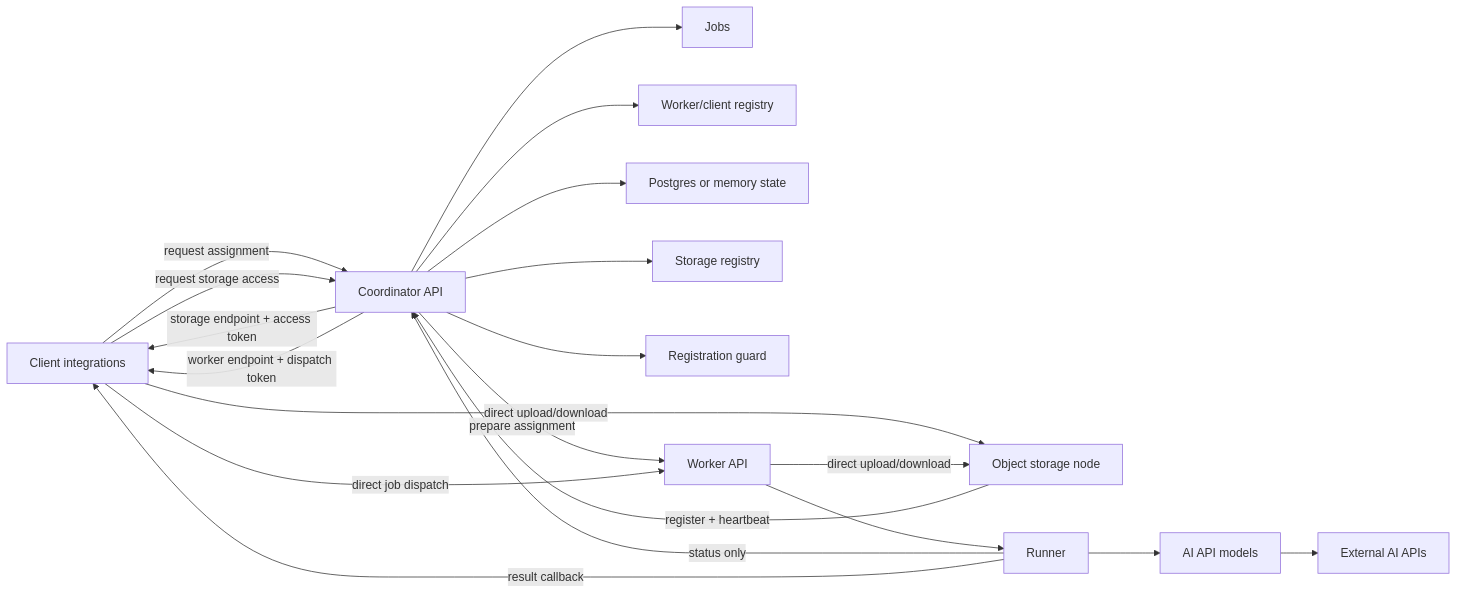
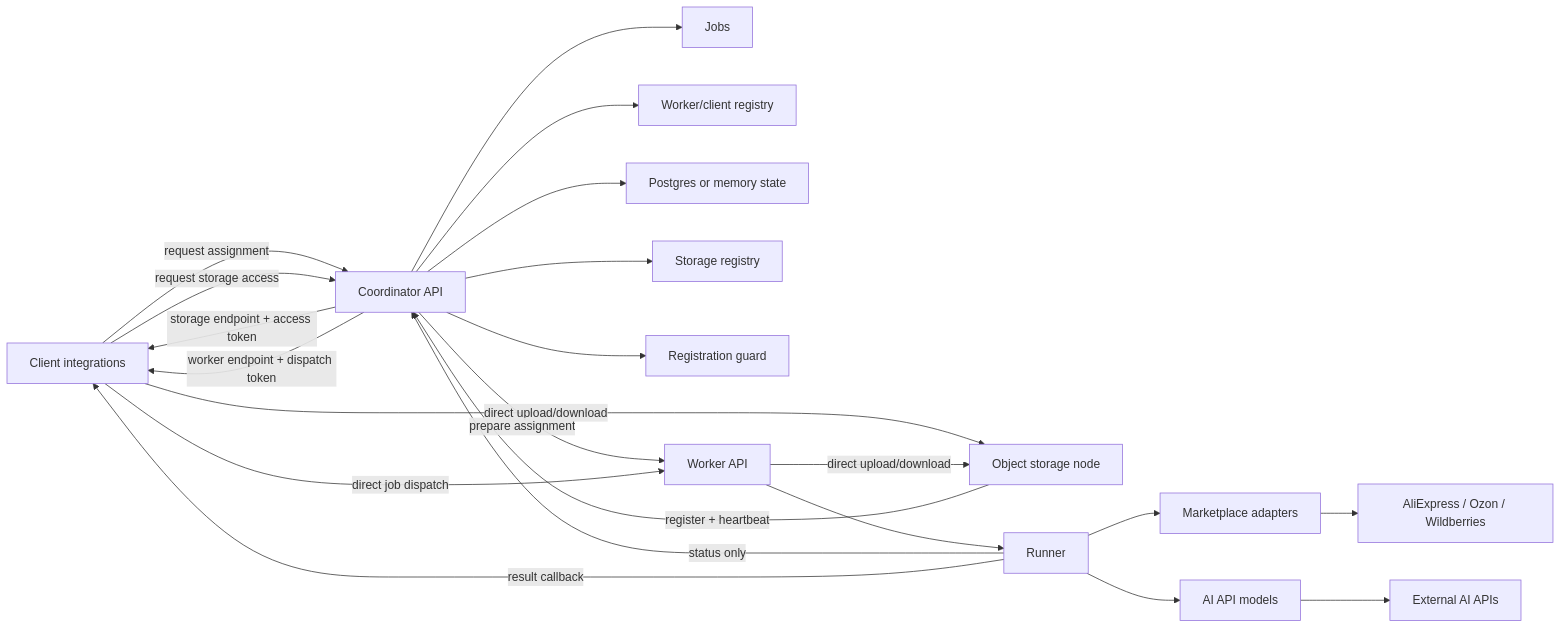
One commit to dmitriishobolov/TryOnService changed the diagram in README.md. Above: the diagram before and after it, drawn with Mermaid. The commit also changed other lines of this file and 6 other files, not shown here.

````diff
--- a/README.md
+++ b/README.md
@@ -26,22 +26,24 @@
 ```mermaid
 flowchart LR
     Client["Client integrations"] -->|"request assignment"| CoordinatorAPI["Coordinator API"]
     CoordinatorAPI --> Jobs["Jobs"]
     CoordinatorAPI --> Registry["Worker/client registry"]
     CoordinatorAPI --> DB["Postgres or memory state"]
     CoordinatorAPI --> StorageRegistry["Storage registry"]
     CoordinatorAPI --> Security["Registration guard"]
     StorageNode["Object storage node"] -->|"register + heartbeat"| CoordinatorAPI
     Client -->|"request storage access"| CoordinatorAPI
     CoordinatorAPI -->|"storage endpoint + access token"| Client
     Client -->|"direct upload/download"| StorageNode
     WorkerAPI -->|"direct upload/download"| StorageNode
     CoordinatorAPI -->|"prepare assignment"| WorkerAPI
     CoordinatorAPI -->|"worker endpoint + dispatch token"| Client
     Client -->|"direct job dispatch"| WorkerAPI["Worker API"]
     WorkerAPI --> Runner["Runner"]
+    Runner --> Market["Marketplace adapters"]
+    Market --> Marketplaces["AliExpress / Ozon / Wildberries"]
     Runner --> Models["AI API models"]
     Models --> AI["External AI APIs"]
     Runner -->|"status only"| CoordinatorAPI
     Runner -->|"result callback"| Client
 ```
````
